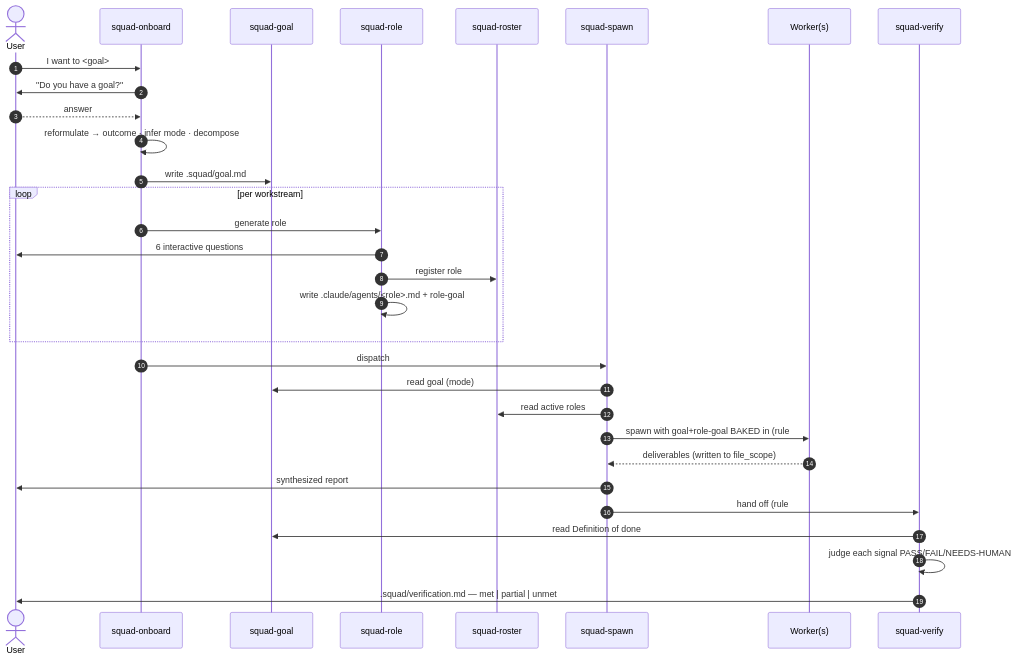
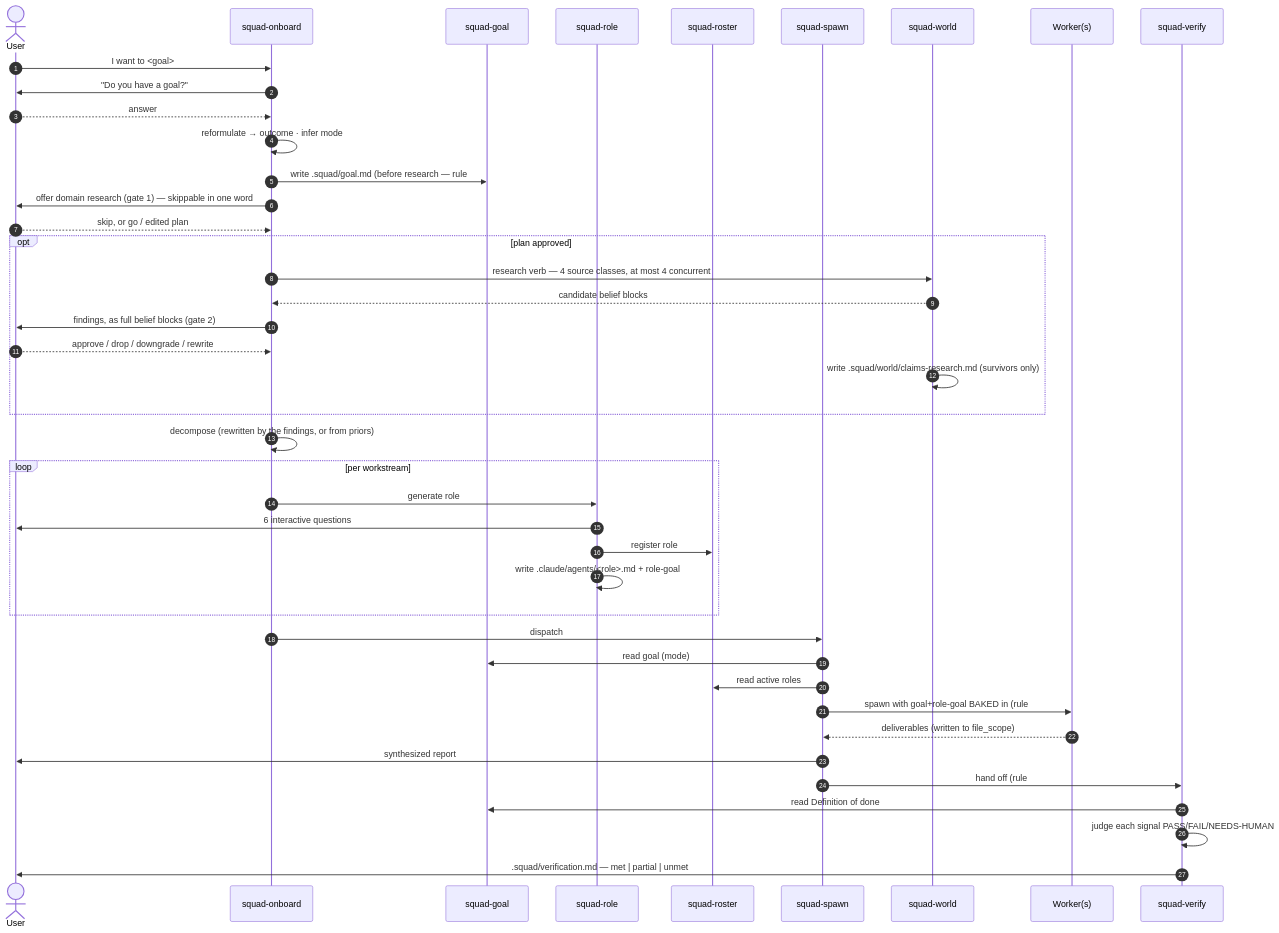
Before and after one commit to cheeky-amit/cheeky-squad-os: the second of 15 diagrams in LOGIC.md, drawn with Mermaid. The commit also changed other lines of this file and 16 other files, not shown here.

````diff
--- a/LOGIC.md
+++ b/LOGIC.md
@@ -102,34 +102,45 @@
 ```mermaid
 sequenceDiagram
     autonumber
     actor U as User
     participant ONB as squad-onboard
     participant GOAL as squad-goal
     participant ROLE as squad-role
     participant ROST as squad-roster
     participant SPAWN as squad-spawn
+    participant WLD as squad-world
     participant W as Worker(s)
 
     U->>ONB: I want to <goal>
     ONB->>U: "Do you have a goal?"
     U-->>ONB: answer
-    ONB->>ONB: reformulate → outcome · infer mode · decompose
-    ONB->>GOAL: write .squad/goal.md
+    ONB->>ONB: reformulate → outcome · infer mode
+    ONB->>GOAL: write .squad/goal.md (before research — rule #4 bakes it, R2 quotes it)
+    ONB->>U: offer domain research (gate 1) — skippable in one word
+    U-->>ONB: skip, or go / edited plan
+    opt plan approved
+        ONB->>WLD: research verb — 4 source classes, at most 4 concurrent
+        WLD-->>ONB: candidate belief blocks
+        ONB->>U: findings, as full belief blocks (gate 2)
+        U-->>ONB: approve / drop / downgrade / rewrite
+        WLD->>WLD: write .squad/world/claims-research.md (survivors only)
+    end
+    ONB->>ONB: decompose (rewritten by the findings, or from priors)
     loop per workstream
         ONB->>ROLE: generate role
         ROLE->>U: 6 interactive questions
         ROLE->>ROST: register role
         ROLE->>ROLE: write .claude/agents/<role>.md + role-goal
     end
     ONB->>SPAWN: dispatch
     SPAWN->>GOAL: read goal (mode)
     SPAWN->>ROST: read active roles
     SPAWN->>W: spawn with goal+role-goal BAKED in (rule #4)
     W-->>SPAWN: deliverables (written to file_scope)
     SPAWN->>U: synthesized report
     participant VER as squad-verify
     SPAWN->>VER: hand off (rule #10)
     VER->>GOAL: read Definition of done
     VER->>VER: judge each signal PASS/FAIL/NEEDS-HUMAN
     VER->>U: .squad/verification.md — met | partial | unmet
 ```
````
